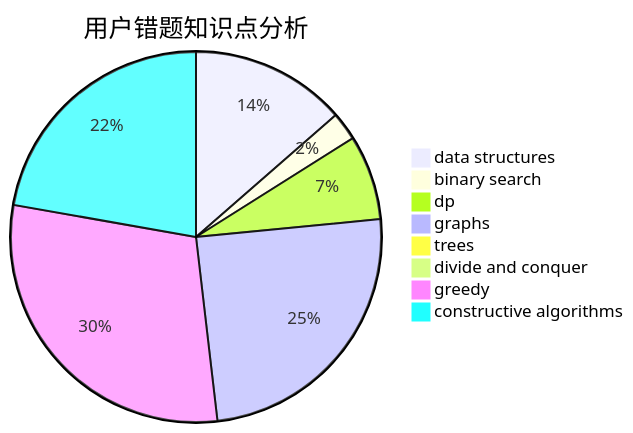
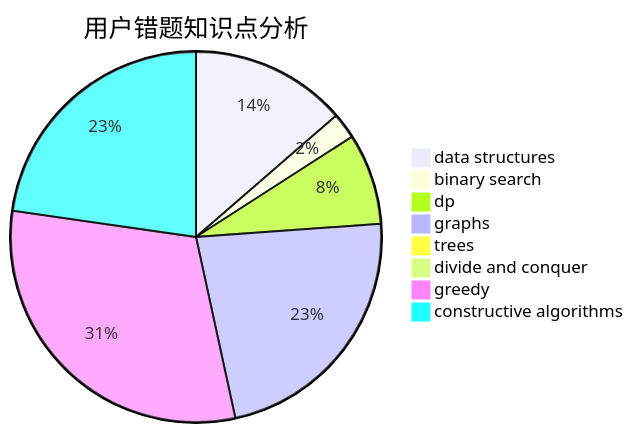
Before and after one commit to sherpahu/cfrs.github.io: the third of 3 diagrams in docs/user/u1816.md, drawn with Mermaid. The commit also changed other lines of this file and 2770 other files, not shown here.

````diff
--- a/docs/user/u1816.md
+++ b/docs/user/u1816.md
@@ -36,11 +36,11 @@
 ```mermaid
 pie title 用户错题知识点分析
-    "data structures" :  11
+    "data structures" :  12
     "binary search" :  2
-    "dp" :  6
+    "dp" :  7
     "graphs" :  20
     "trees" :  0
     "divide and conquer" :  0
-    "greedy" :  24
-    "constructive algorithms" :  18
+    "greedy" :  27
+    "constructive algorithms" :  20
 ```
````
